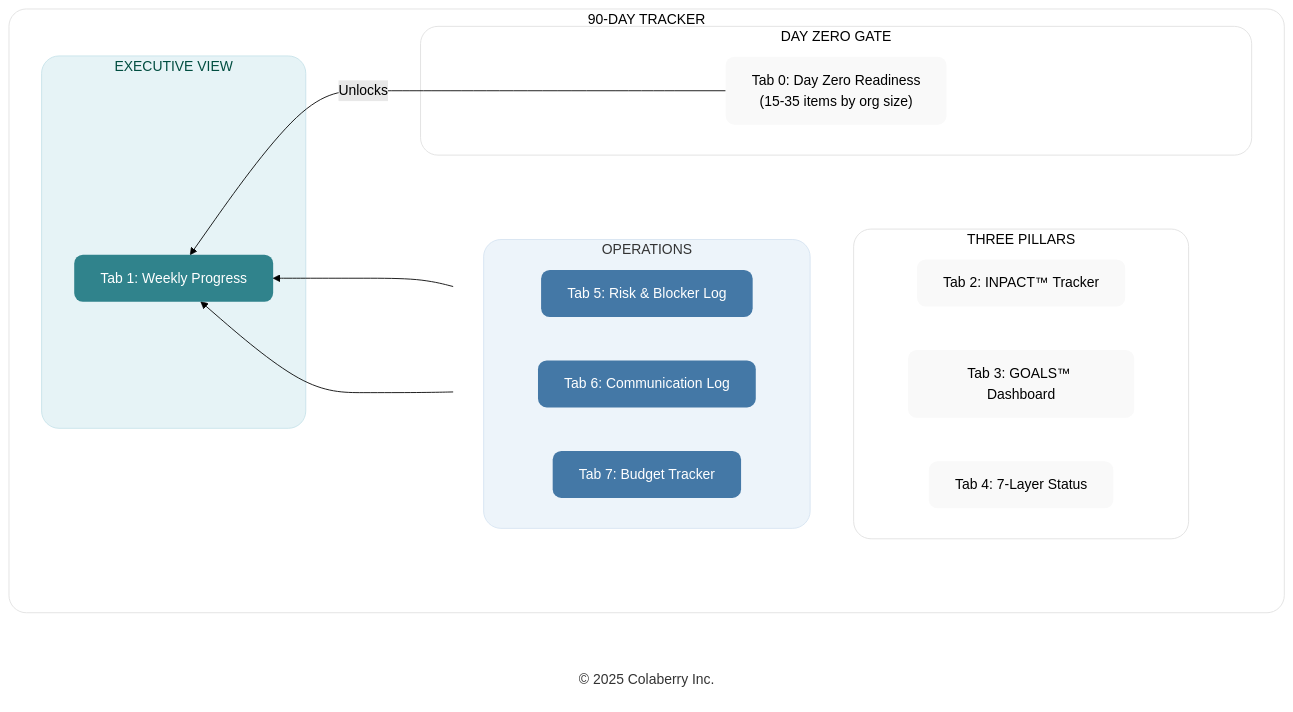
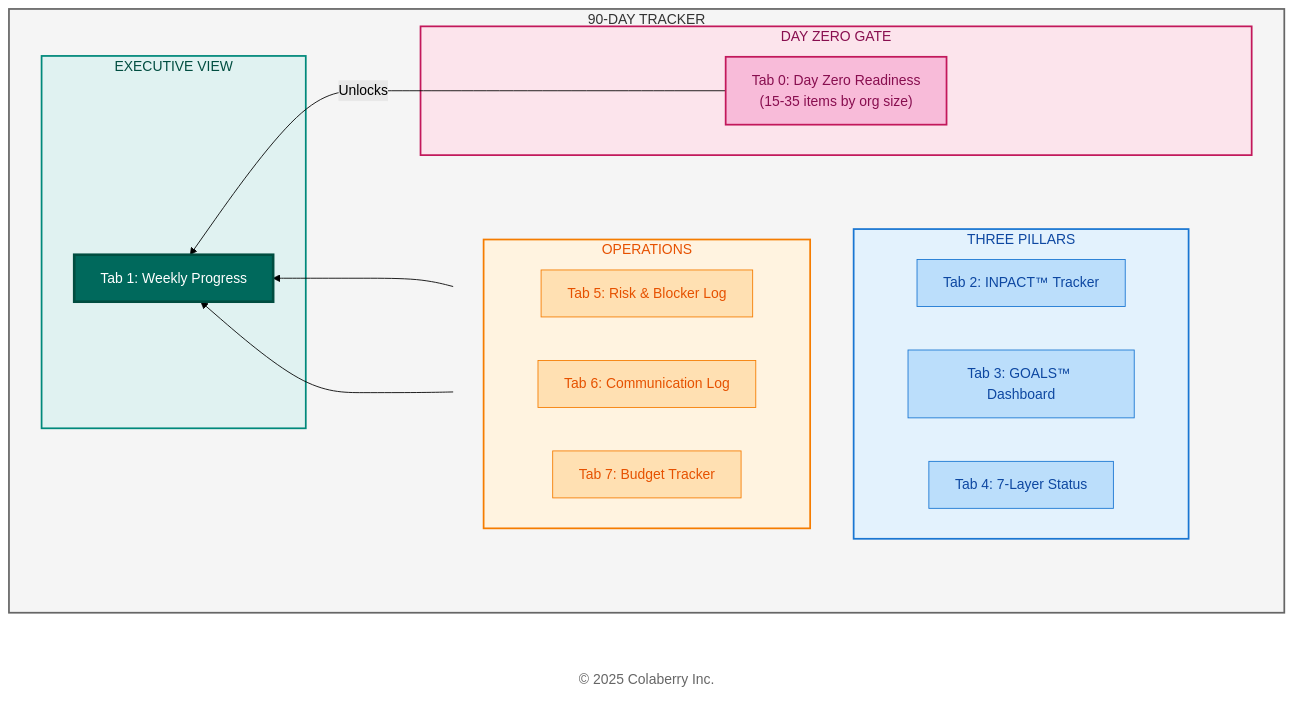
Before and after one commit to saitejesh-cyber/trust-before-intelligence-book: the seventh of 7 diagrams in manuscript/11_chapter_10_week_by_week_implementation.md, drawn with Mermaid (forest theme). The commit also changed other lines of this file and 12 other files, not shown here.

Commit message:
Restore legacy Mermaid styles for Option 1

````diff
--- a/manuscript/11_chapter_10_week_by_week_implementation.md
+++ b/manuscript/11_chapter_10_week_by_week_implementation.md
@@ -712,54 +712,54 @@
 ```mermaid
 
 graph RL
     subgraph TRACKER["90-DAY TRACKER"]
         direction RL
         subgraph GATE["DAY ZERO GATE"]
             T0["Tab 0: Day Zero Readiness<br/>(15-35 items by org size)"]
         end
 
         subgraph EXECUTIVE["EXECUTIVE VIEW"]
             T1["Tab 1: Weekly Progress"]
         end
 
         subgraph FEEDS[" "]
             direction TB
             subgraph PILLARS["THREE PILLARS"]
                 direction RL
                 T2["Tab 2: INPACT™ Tracker"]
                 T3["Tab 3: GOALS™ Dashboard"]
                 T4["Tab 4: 7-Layer Status"]
             end
 
             subgraph OPS["OPERATIONS"]
                 direction RL
                 T5["Tab 5: Risk & Blocker Log"]
                 T6["Tab 6: Communication Log"]
                 T7["Tab 7: Budget Tracker"]
             end
         end
     end
 
     Copyright["© 2025 Colaberry Inc."]
 
     T0 -->|"Unlocks"| T1
     PILLARS --> T1
     OPS --> T1
 
-    style TRACKER fill:#ffffff,stroke:#e0e0e0,stroke-width:1px,color:#000000,rx:20,ry:20
-    style GATE fill:#ffffff,stroke:#e0e0e0,stroke-width:1px,color:#000000,rx:20,ry:20
-    style EXECUTIVE fill:#e6f3f6,stroke:#c7e3ea,stroke-width:1px,color:#004d40,rx:20,ry:20
+    style TRACKER fill:#f5f5f5,stroke:#666666,stroke-width:2px,color:#333333
+    style GATE fill:#fce4ec,stroke:#c2185b,stroke-width:2px,color:#880e4f
+    style EXECUTIVE fill:#e0f2f1,stroke:#00897b,stroke-width:2px,color:#004d40
     style FEEDS fill:none,stroke:none
-    style PILLARS fill:#ffffff,stroke:#e0e0e0,stroke-width:1px,color:#000000,rx:20,ry:20
-    style OPS fill:#edf4fa,stroke:#d6e4f2,stroke-width:1px,color:#333333,rx:20,ry:20
-    style T0 fill:#f9f9f9,stroke:none,color:#000000,rx:10,ry:10
-    style T1 fill:#30838C,stroke:none,color:#ffffff,rx:10,ry:10
-    style T2 fill:#f9f9f9,stroke:none,color:#000000,rx:10,ry:10
-    style T3 fill:#f9f9f9,stroke:none,color:#000000,rx:10,ry:10
-    style T4 fill:#f9f9f9,stroke:none,color:#000000,rx:10,ry:10
-    style T5 fill:#4478A6,stroke:none,color:#ffffff,rx:10,ry:10
-    style T6 fill:#4478A6,stroke:none,color:#ffffff,rx:10,ry:10
-    style T7 fill:#4478A6,stroke:none,color:#ffffff,rx:10,ry:10
-    style Copyright fill:none,stroke:none,color:#333333
+    style PILLARS fill:#e3f2fd,stroke:#1976d2,stroke-width:2px,color:#0d47a1
+    style OPS fill:#fff3e0,stroke:#f57c00,stroke-width:2px,color:#e65100
+    style T0 fill:#f8bbd9,stroke:#c2185b,color:#880e4f,stroke-width:2px
+    style T1 fill:#00695c,color:#ffffff,stroke:#004d40,stroke-width:3px
+    style T2 fill:#bbdefb,stroke:#1976d2,color:#0d47a1
+    style T3 fill:#bbdefb,stroke:#1976d2,color:#0d47a1
+    style T4 fill:#bbdefb,stroke:#1976d2,color:#0d47a1
+    style T5 fill:#ffe0b2,stroke:#f57c00,color:#e65100
+    style T6 fill:#ffe0b2,stroke:#f57c00,color:#e65100
+    style T7 fill:#ffe0b2,stroke:#f57c00,color:#e65100
+    style Copyright fill:#ffffff,stroke:none,color:#666666
 
 ```
````
